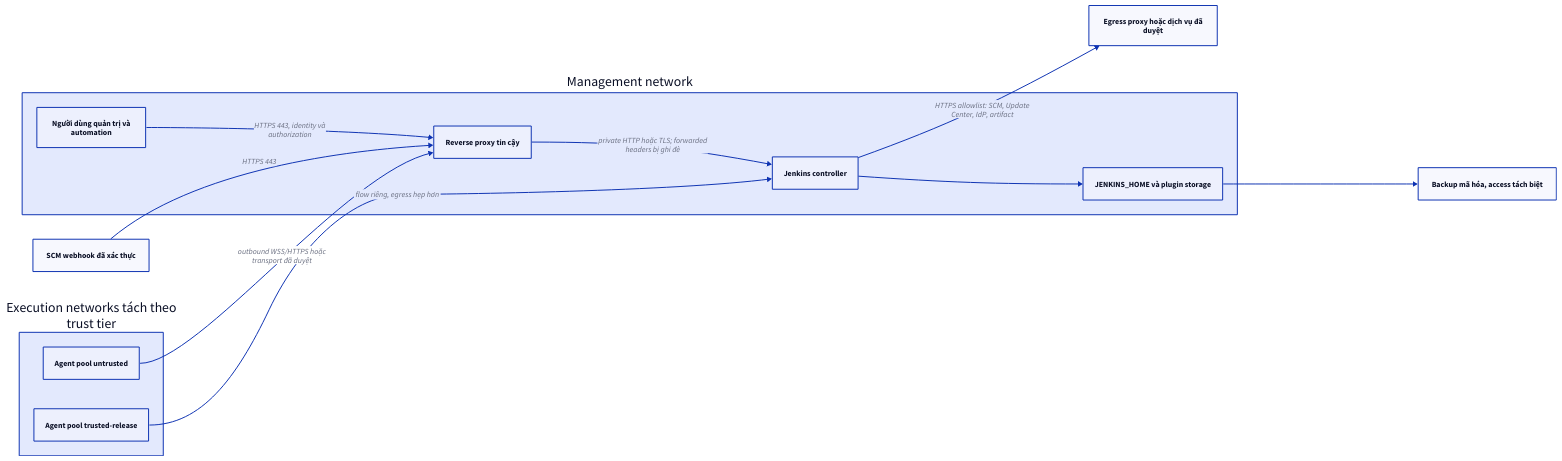
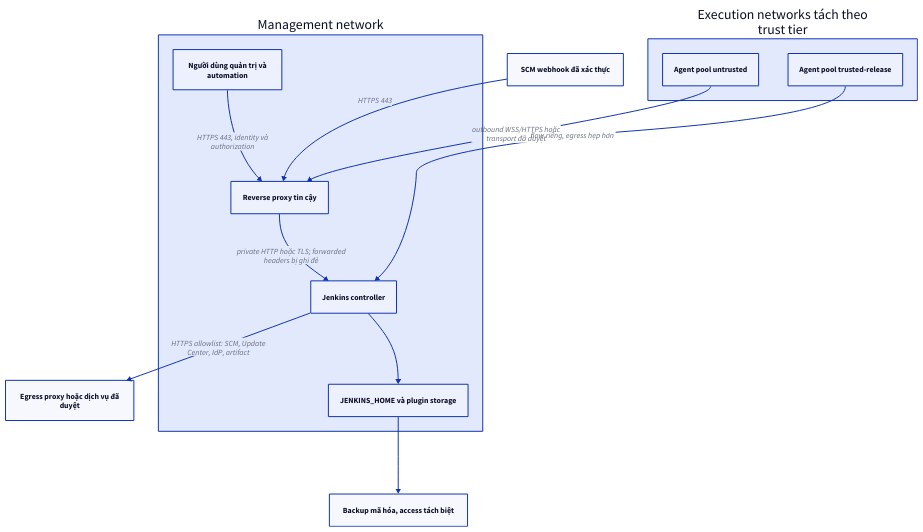
One commit to vanhiep99w/jenkins-learn changed the first of 2 diagrams in content/docs/security/controller-hardening.mdx. Above: the diagram before and after it, drawn with D2. The commit also changed 62 other files, not shown here.

Commit message:
fix: improve diagram layouts and inline readability

````diff
--- a/content/docs/security/controller-hardening.mdx
+++ b/content/docs/security/controller-hardening.mdx
@@ -54,25 +54,25 @@
-```d2 interactive title="Luồng và hướng kết nối"
-direction: right
+```d2 interactive title="Luồng và hướng kết nối" layout=tala
+direction: down
 S: "SCM webhook đã xác thực"
 E: "Egress proxy hoặc dịch vụ đã\nduyệt"
 B: "Backup mã hóa, access tách biệt"
 M: "Management network" {
   U: "Người dùng quản trị và\nautomation"
   P: "Reverse proxy tin cậy"
   C: "Jenkins controller"
   H: "JENKINS_HOME và plugin storage"
 }
 X: "Execution networks tách theo\ntrust tier" {
   A1: "Agent pool untrusted"
   A2: "Agent pool trusted-release"
 }
 
 M.U -> M.P: "HTTPS 443, identity và\nauthorization"
 S -> M.P: "HTTPS 443"
 M.P -> M.C: "private HTTP hoặc TLS; forwarded\nheaders bị ghi đè"
 M.C -> E: "HTTPS allowlist: SCM, Update\nCenter, IdP, artifact"
 X.A1 -> M.P: "outbound WSS/HTTPS hoặc\ntransport đã duyệt"
 X.A2 -> M.C: "flow riêng, egress hẹp hơn"
 M.C -> M.H
 M.H -> B
 ```
````
